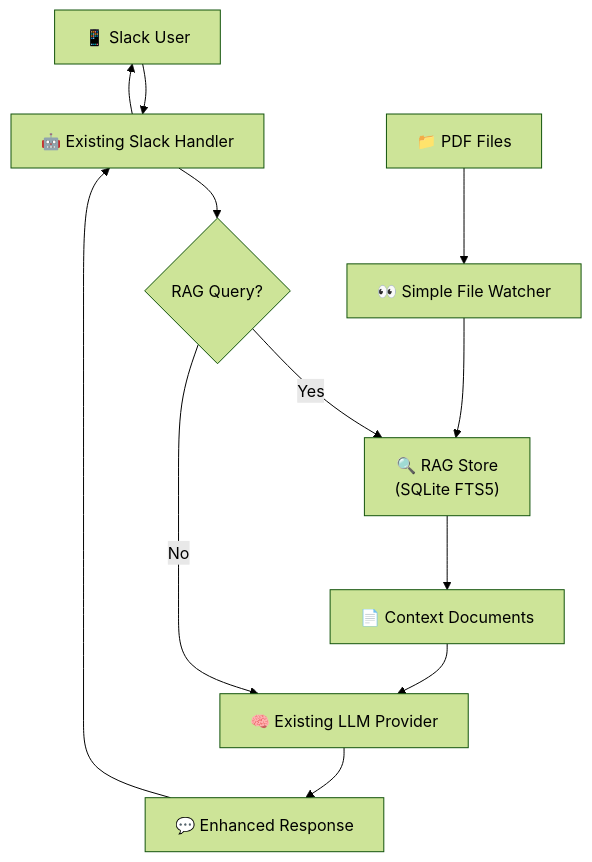
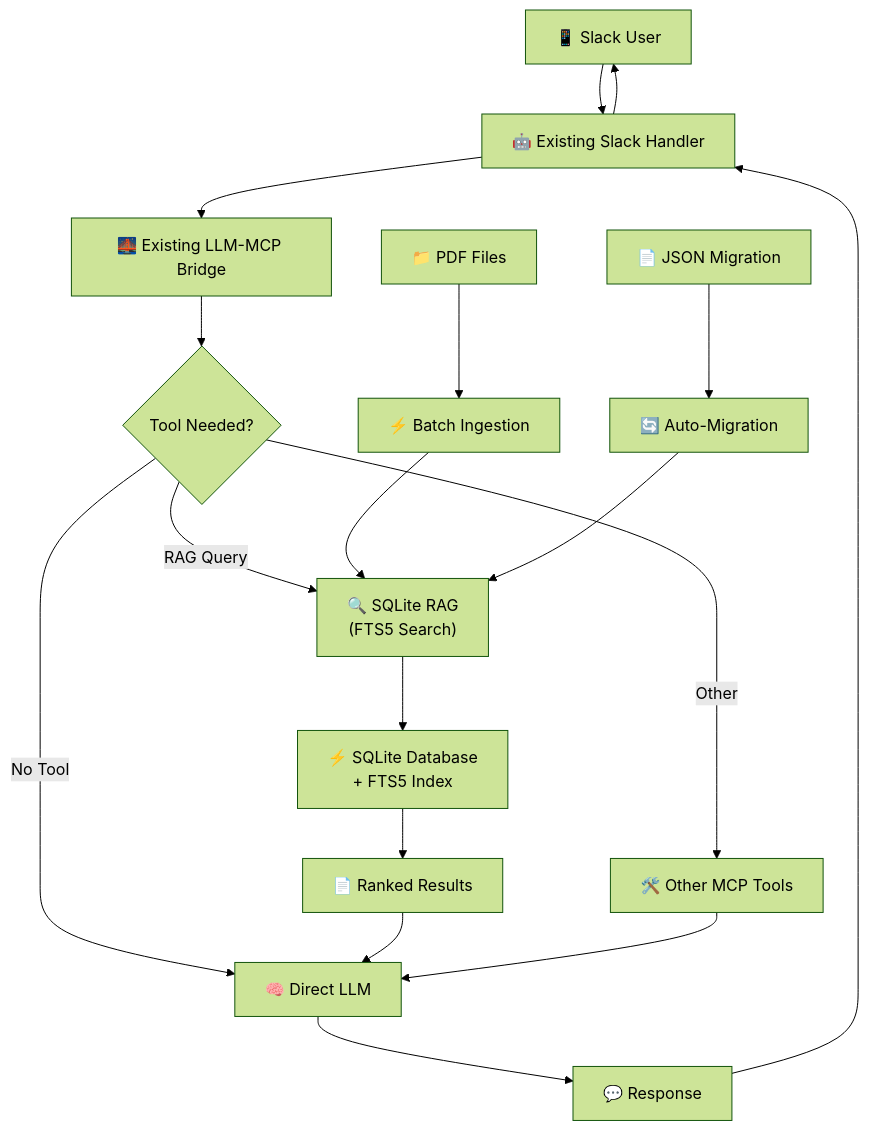
The diagram in docs/rag-sqlite.md (tuannvm/slack-mcp-client), drawn with Mermaid (forest theme) before and after one commit. The commit also changed other lines of this file and 2 other files, not shown here.

Commit message:
docs(rag-redis.md): add comprehensive Redis RAG implementation plan

````diff
--- a/docs/rag-sqlite.md
+++ b/docs/rag-sqlite.md
@@ -9,15 +9,21 @@
 ```mermaid
 graph TD
     A["📱 Slack User"] --> B["🤖 Existing Slack Handler"]
-    B --> C{"RAG Query?"}
-    C -->|Yes| D["🔍 RAG Store<br/>(SQLite FTS5)"]
-    C -->|No| E["🧠 Existing LLM Provider"]
-    D --> F["📄 Context Documents"]
-    F --> E
-    E --> G["💬 Enhanced Response"]
-    G --> B
+    B --> C["🌉 Existing LLM-MCP Bridge"]
+    C --> D{"Tool Needed?"}
+    D -->|RAG Query| E["🔍 SQLite RAG<br/>(FTS5 Search)"]
+    D -->|Other| F["🛠️ Other MCP Tools"]
+    D -->|No Tool| G["🧠 Direct LLM"]
+    E --> H["⚡ SQLite Database<br/>+ FTS5 Index"]
+    H --> I["📄 Ranked Results"]
+    I --> G
+    F --> G
+    G --> J["💬 Response"]
+    J --> B
     B --> A
     
-    H["📁 PDF Files"] --> I["👀 Simple File Watcher"]
-    I --> D
+    K["📁 PDF Files"] --> L["⚡ Batch Ingestion"]
+    L --> E
+    M["📄 JSON Migration"] --> N["🔄 Auto-Migration"]
+    N --> E
 ```
````
